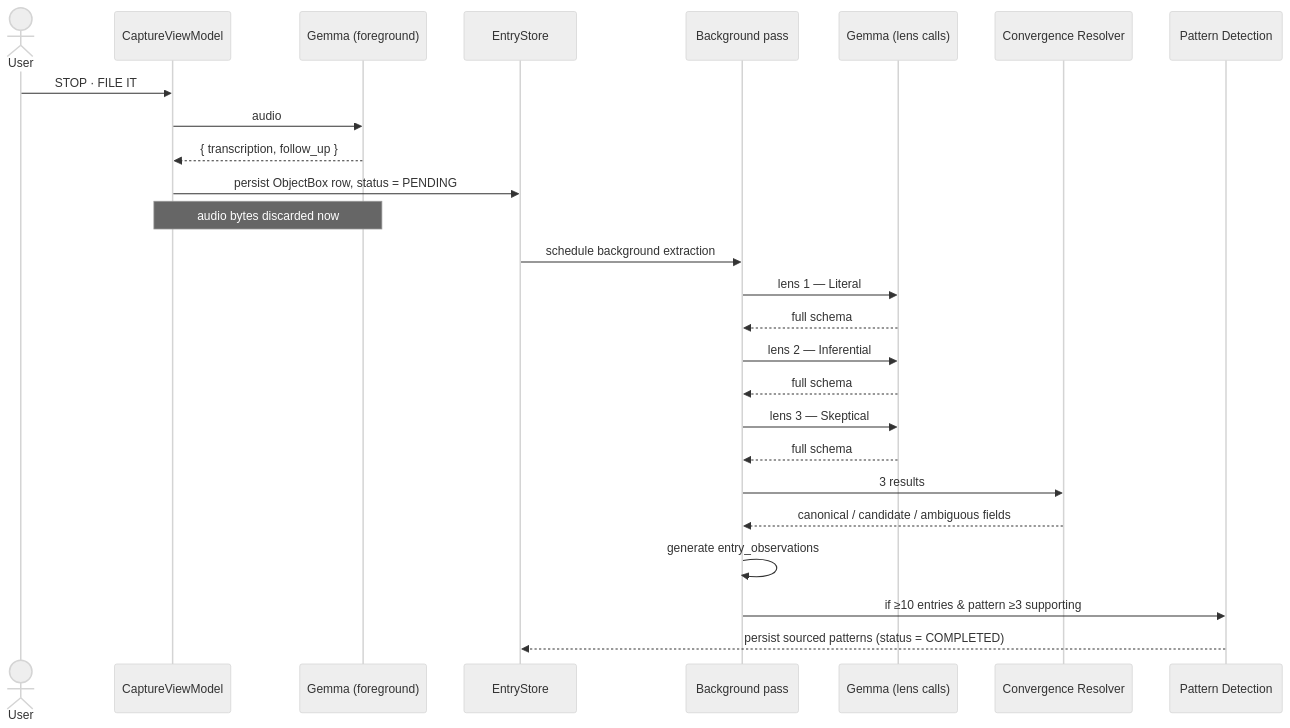
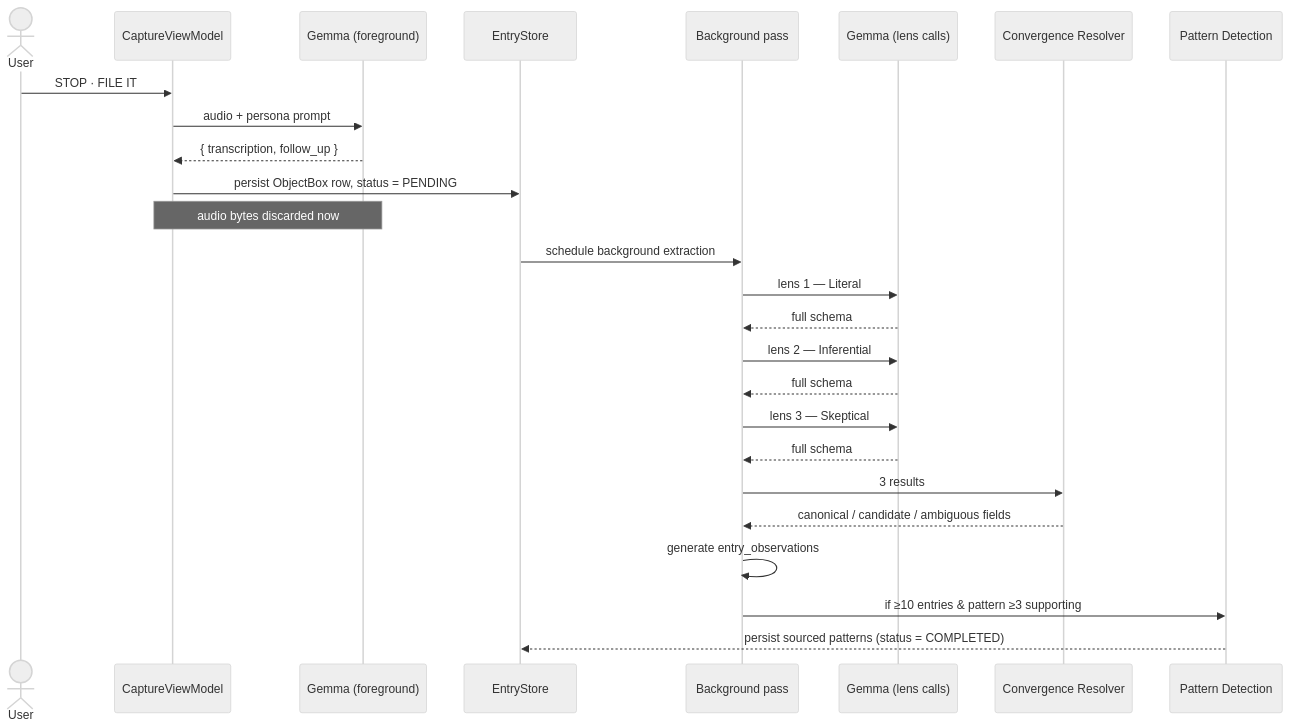
The second of 5 diagrams in docs/diagrams/llm-functionality.md (anchildress1/vestige), drawn with Mermaid (neutral theme) before and after one commit. The commit also changed 2 other files, not shown here.

Commit message:
docs: align foreground follow-up diagrams
Correct diagram text for the foreground voice response contract: voice captures persist transcription plus follow-up, while typed entries remain text-only.

````diff
--- a/docs/diagrams/llm-functionality.md
+++ b/docs/diagrams/llm-functionality.md
@@ -52,32 +52,32 @@
 ```mermaid
 sequenceDiagram
     accTitle: Two-tier foreground and background inference sequence
     accDescr: User stops recording. The foreground Gemma call returns transcription and one follow-up. EntryStore persists an ObjectBox row and marks extraction PENDING. The background pass runs three sequential lens calls, the resolver writes fields, entry observations are generated, then pattern detection runs if the threshold is met.
 
     actor U as User
     participant Cap as CaptureViewModel
     participant FG as Gemma (foreground)
     participant ES as EntryStore
     participant BG as Background pass
     participant LM as Gemma (lens calls)
     participant CR as Convergence Resolver
     participant PD as Pattern Detection
 
     U->>Cap: STOP · FILE IT
-    Cap->>FG: audio
+    Cap->>FG: audio + persona prompt
     FG-->>Cap: { transcription, follow_up }
     Cap->>ES: persist ObjectBox row, status = PENDING
     Note over FG,Cap: audio bytes discarded now
     ES->>BG: schedule background extraction
     BG->>LM: lens 1 — Literal
     LM-->>BG: full schema
     BG->>LM: lens 2 — Inferential
     LM-->>BG: full schema
     BG->>LM: lens 3 — Skeptical
     LM-->>BG: full schema
     BG->>CR: 3 results
     CR-->>BG: canonical / candidate / ambiguous fields
     BG->>BG: generate entry_observations
     BG->>PD: if ≥10 entries & pattern ≥3 supporting
     PD-->>ES: persist sourced patterns (status = COMPLETED)
 ```
````
